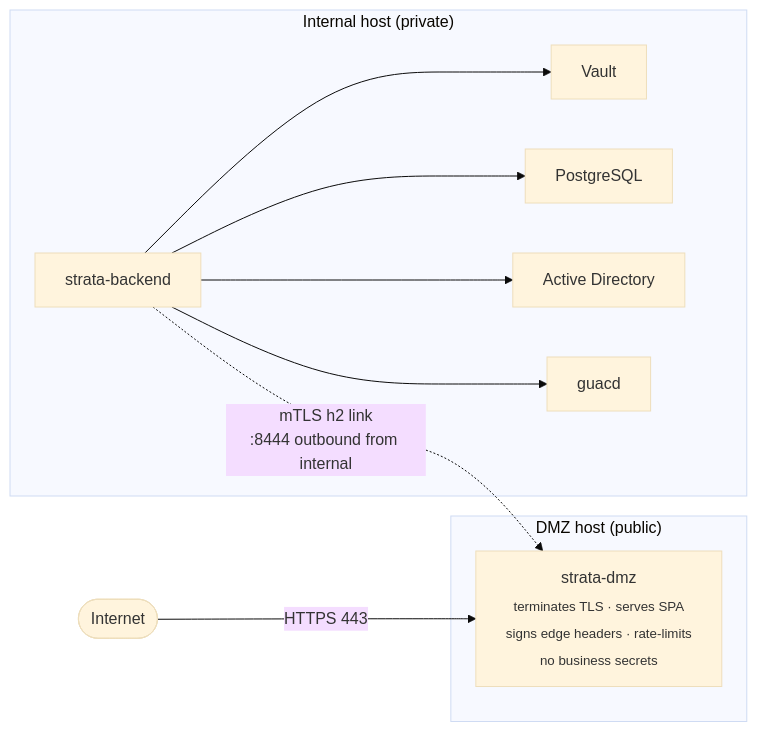
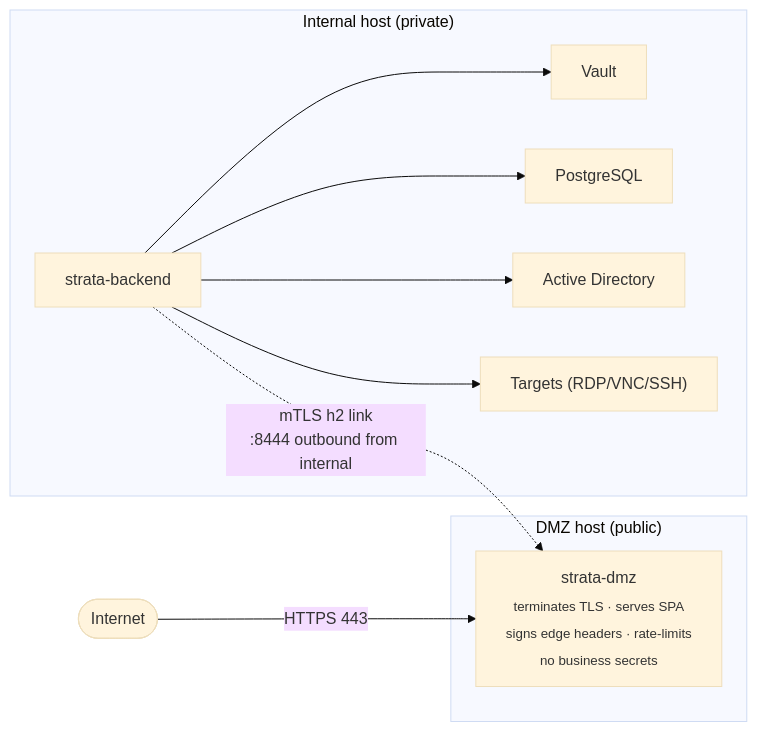
One commit to Bails309/strata-client changed the diagram in docs/dmz.md. Above: the diagram before and after it, drawn with Mermaid (base theme). The commit also changed other lines of this file and 167 other files, not shown here.

````diff
--- a/docs/dmz.md
+++ b/docs/dmz.md
@@ -25,16 +25,16 @@
 ```mermaid
 flowchart LR
     Internet([Internet])
     Internet -->|HTTPS 443| DMZ
     subgraph DMZHost["DMZ host (public)"]
         DMZ["strata-dmz<br/><sub>terminates TLS · serves SPA<br/>signs edge headers · rate-limits<br/>no business secrets</sub>"]
     end
     subgraph InternalHost["Internal host (private)"]
         Backend["strata-backend"]
         Backend --> Vault["Vault"]
         Backend --> Postgres["PostgreSQL"]
         Backend --> AD["Active Directory"]
-        Backend --> Guacd["guacd"]
+        Backend --> Targets["Targets (RDP/VNC/SSH)"]
     end
     Backend -. "mTLS h2 link<br/>:8444 outbound from internal" .-> DMZ
 ```
````
